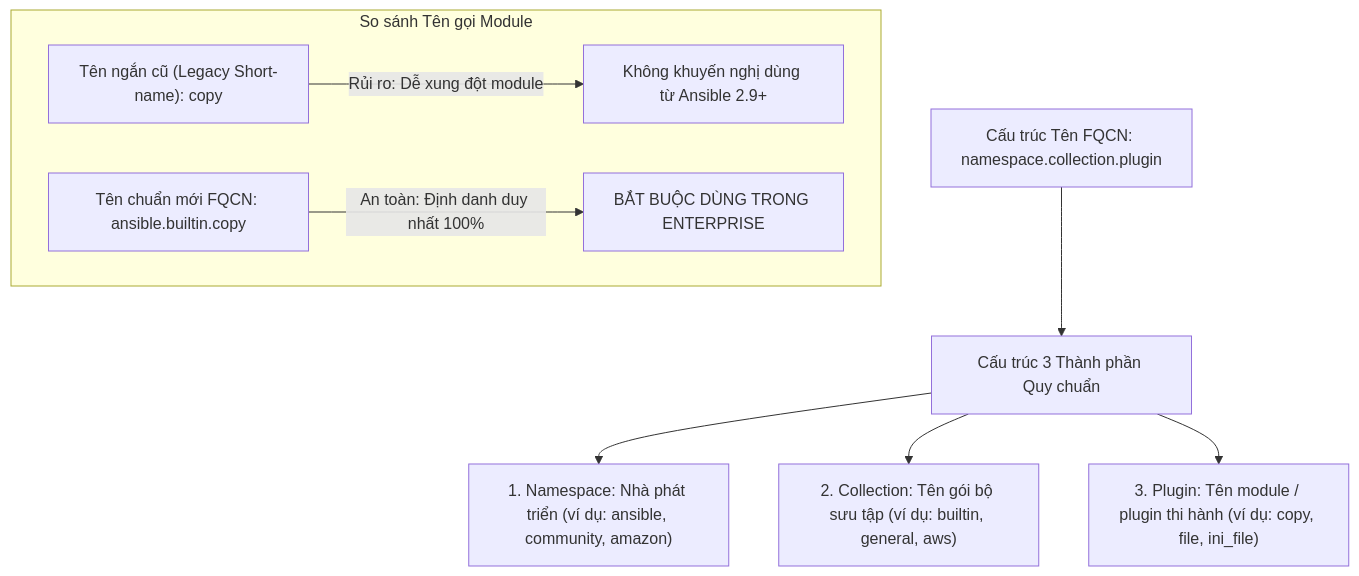
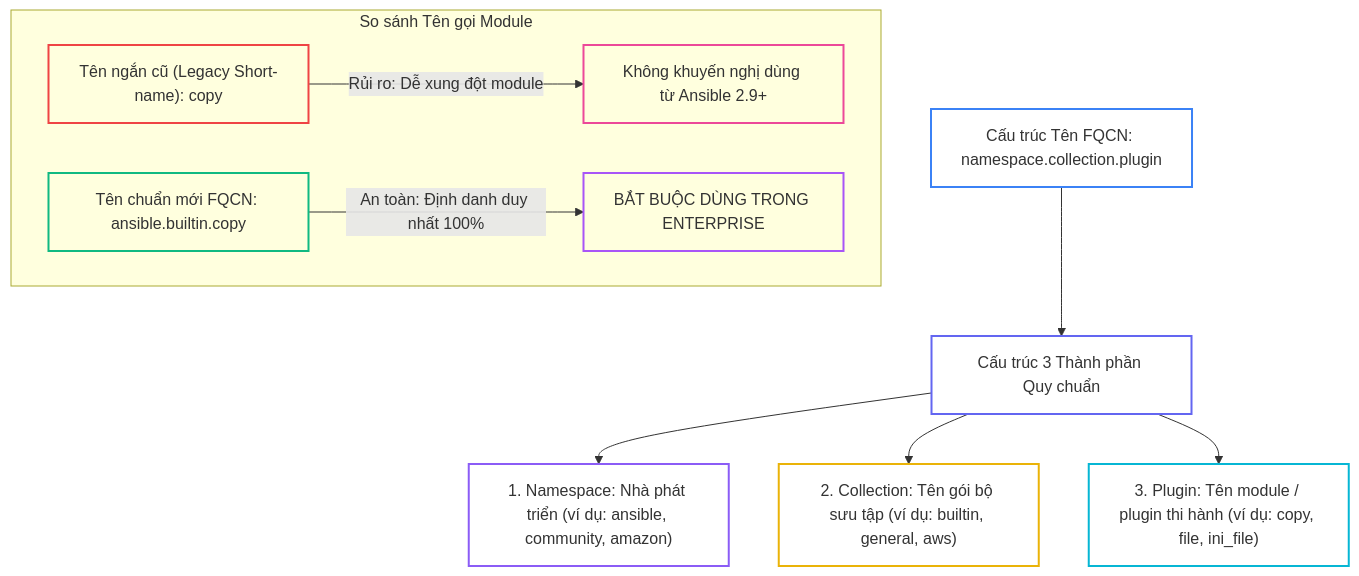
Before and after one commit to kiennt308/ntk: the first of 3 diagrams in _posts/2026-09-13-ansible-17-17-collections-fqcn.md, drawn with Mermaid. The commit also changed other lines of this file and 30 other files, not shown here.

````diff
--- a/_posts/2026-09-13-ansible-17-17-collections-fqcn.md
+++ b/_posts/2026-09-13-ansible-17-17-collections-fqcn.md
@@ -82,13 +82,23 @@
 ```mermaid
 graph TD
     A["Cấu trúc Tên FQCN: namespace.collection.plugin"] --> B["Cấu trúc 3 Thành phần Quy chuẩn"]
     
     B --> C["1. Namespace: Nhà phát triển (ví dụ: ansible, community, amazon)"]
     B --> D["2. Collection: Tên gói bộ sưu tập (ví dụ: builtin, general, aws)"]
     B --> E["3. Plugin: Tên module / plugin thi hành (ví dụ: copy, file, ini_file)"]
     
     subgraph "So sánh Tên gọi Module"
-        F["Tên ngắn cũ (Legacy Short-name): copy"] -- "Rủi ro: Dễ xung đột module" --> G["Không khuyến nghị dùng từ Ansible 2.9+"]
-        H["Tên chuẩn mới FQCN: ansible.builtin.copy"] -- "An toàn: Định danh duy nhất 100%" --> I["BẮT BUỘC DÙNG TRONG ENTERPRISE"]
+        F["Tên ngắn cũ (Legacy Short-name): copy"] -->|"Rủi ro: Dễ xung đột module"| G["Không khuyến nghị dùng từ Ansible 2.9+"]
+        H["Tên chuẩn mới FQCN: ansible.builtin.copy"] -->|"An toàn: Định danh duy nhất 100%"| I["BẮT BUỘC DÙNG TRONG ENTERPRISE"]
     end
+
+    style A fill:none,stroke:#3b82f6,stroke-width:2px
+    style B fill:none,stroke:#6366f1,stroke-width:2px
+    style C fill:none,stroke:#8b5cf6,stroke-width:2px
+    style D fill:none,stroke:#eab308,stroke-width:2px
+    style E fill:none,stroke:#06b6d4,stroke-width:2px
+    style F fill:none,stroke:#ef4444,stroke-width:2px
+    style G fill:none,stroke:#ec4899,stroke-width:2px
+    style H fill:none,stroke:#10b981,stroke-width:2px
+    style I fill:none,stroke:#a855f7,stroke-width:2px
 ```
````
